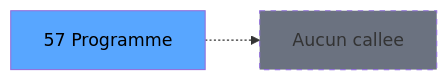
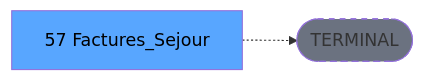
One commit to thonyAGP/lecteur-magic changed the third of 3 diagrams in .openspec/renders/ADH-IDE-57.md. Above: the diagram before and after it, drawn with Mermaid. The commit also changed other lines of this file and 701 other files, not shown here.

````diff
--- a/.openspec/renders/ADH-IDE-57.md
+++ b/.openspec/renders/ADH-IDE-57.md
@@ -150,8 +139,8 @@
 ```mermaid
 graph LR
-    T[57 Programme]
-    NONE[Aucun callee]
-    T -.-> NONE
+    T[57 Factures_Sejour]
+    TERM([TERMINAL])
+    T -.-> TERM
+    style TERM fill:#6b7280,stroke-dasharray: 5 5
     style T fill:#58a6ff,color:#000
-    style NONE fill:#6b7280,stroke-dasharray: 5 5
 ```
````
